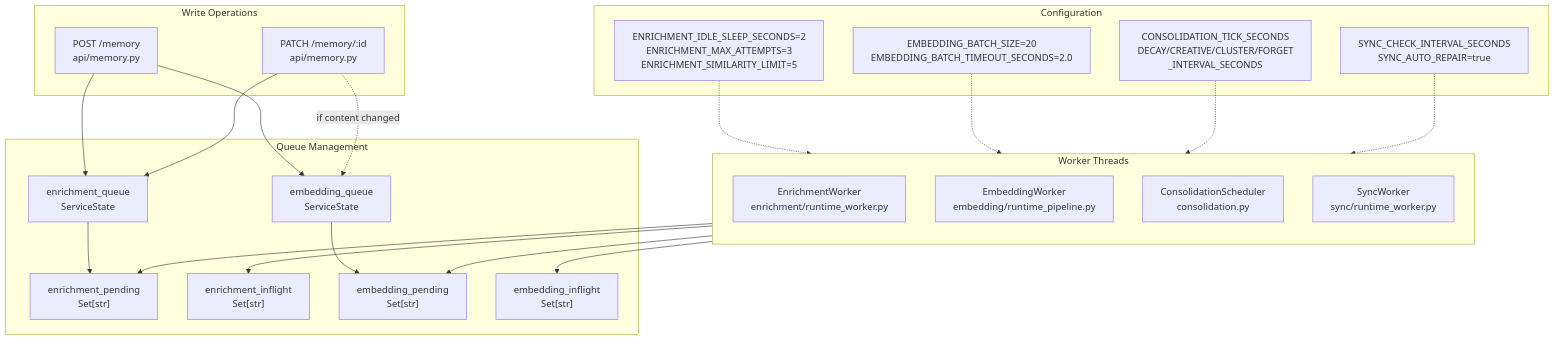
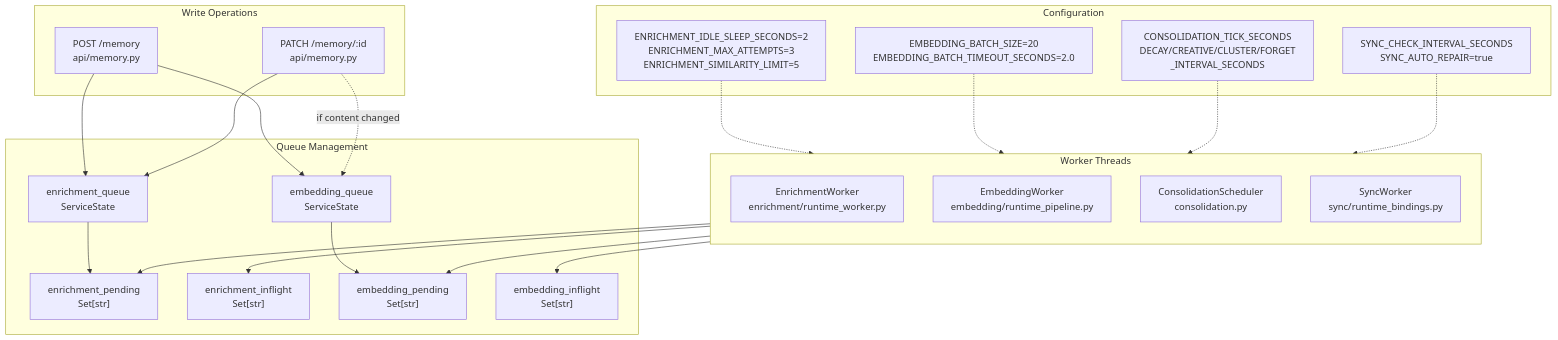
Before and after one commit to verygoodplugins/automem-website: the first of 2 diagrams in src/content/docs/docs/architecture/background-processing.md, drawn with Mermaid. The commit also changed other lines of this file, not shown here.

First line of the commit message:
docs: fix drift in Background Processing architecture page (#119)

````diff
--- a/src/content/docs/docs/architecture/background-processing.md
+++ b/src/content/docs/docs/architecture/background-processing.md
@@ -44,51 +44,51 @@
 ```mermaid
 graph TB
     subgraph write_ops["Write Operations"]
         PostMem["POST /memory<br/>api/memory.py"]
         PatchMem["PATCH /memory/:id<br/>api/memory.py"]
     end
 
     subgraph queues["Queue Management"]
         EnrichQueue["enrichment_queue<br/>ServiceState"]
         EmbedQueue["embedding_queue<br/>ServiceState"]
 
         EnrichPending["enrichment_pending<br/>Set[str]"]
         EnrichInflight["enrichment_inflight<br/>Set[str]"]
         EmbedPending["embedding_pending<br/>Set[str]"]
         EmbedInflight["embedding_inflight<br/>Set[str]"]
     end
 
     subgraph workers["Worker Threads"]
         direction TB
 
         EnrichWorker["EnrichmentWorker<br/>enrichment/runtime_worker.py"]
         EmbedWorker["EmbeddingWorker<br/>embedding/runtime_pipeline.py"]
         ConsolWorker["ConsolidationScheduler<br/>consolidation.py"]
-        SyncWorker["SyncWorker<br/>sync/runtime_worker.py"]
+        SyncWorker["SyncWorker<br/>sync/runtime_bindings.py"]
     end
 
     subgraph config["Configuration"]
         EnrichConfig["ENRICHMENT_IDLE_SLEEP_SECONDS=2<br/>ENRICHMENT_MAX_ATTEMPTS=3<br/>ENRICHMENT_SIMILARITY_LIMIT=5"]
         EmbedConfig["EMBEDDING_BATCH_SIZE=20<br/>EMBEDDING_BATCH_TIMEOUT_SECONDS=2.0"]
         ConsolConfig["CONSOLIDATION_TICK_SECONDS<br/>DECAY/CREATIVE/CLUSTER/FORGET<br/>_INTERVAL_SECONDS"]
         SyncConfig["SYNC_CHECK_INTERVAL_SECONDS<br/>SYNC_AUTO_REPAIR=true"]
     end
 
     PostMem --> EnrichQueue
     PostMem --> EmbedQueue
     PatchMem --> EnrichQueue
     PatchMem -.->|"if content changed"| EmbedQueue
 
     EnrichQueue --> EnrichPending
     EmbedQueue --> EmbedPending
 
     EnrichWorker --> EnrichInflight
     EnrichWorker --> EnrichPending
     EmbedWorker --> EmbedInflight
     EmbedWorker --> EmbedPending
 
     EnrichConfig -.-> EnrichWorker
     EmbedConfig -.-> EmbedWorker
     ConsolConfig -.-> ConsolWorker
     SyncConfig -.-> SyncWorker
 ```
````
